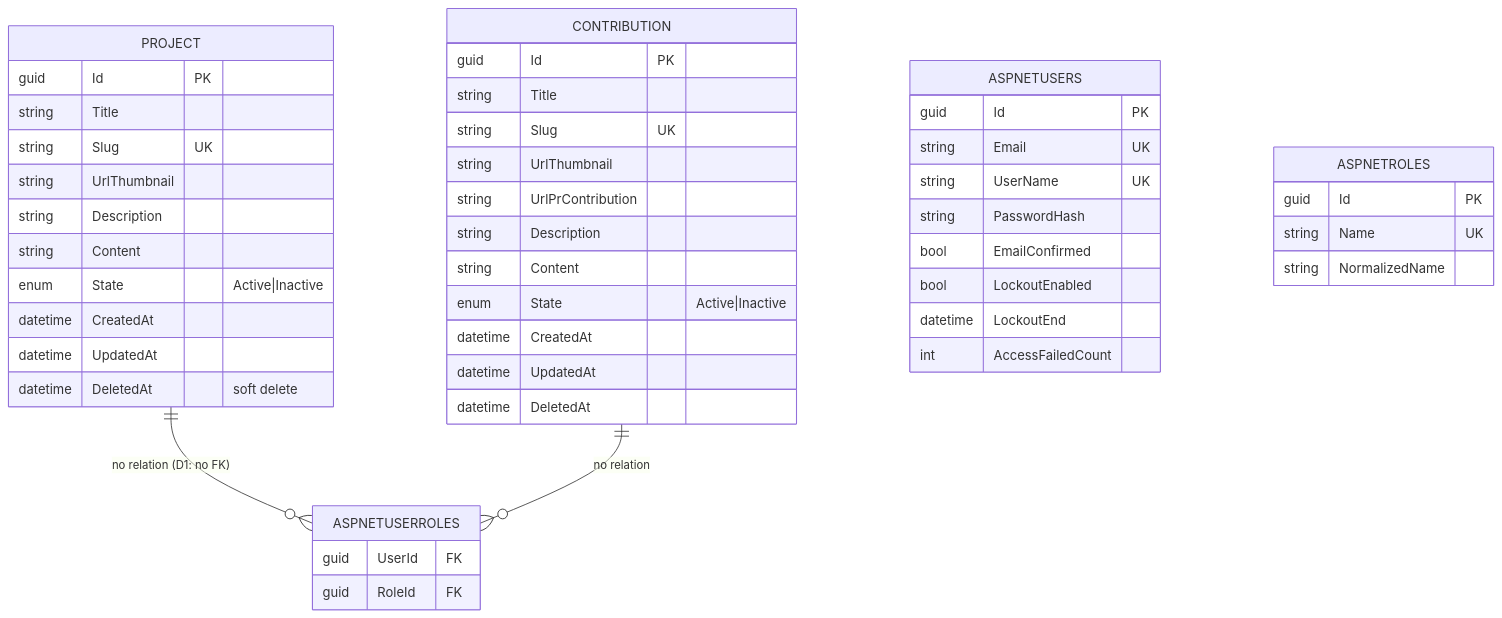
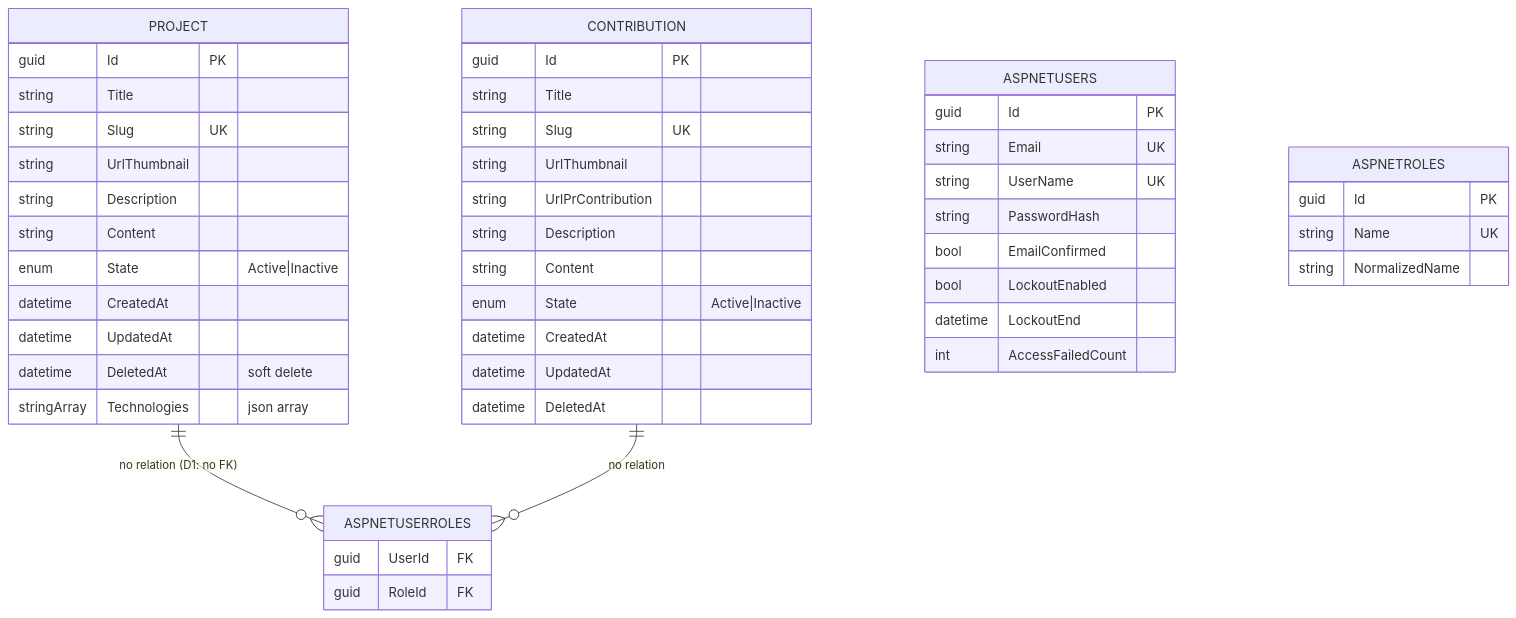
Before and after one commit to adrianbeep/ajn-portfolio-backend: the third of 3 diagrams in docs/diagrams/architecture.md, drawn with Mermaid. The commit also changed other lines of this file and 4 other files, not shown here.

````diff
--- a/docs/diagrams/architecture.md
+++ b/docs/diagrams/architecture.md
@@ -171,54 +172,55 @@
 ```mermaid
 erDiagram
     PROJECT {
         guid Id PK
         string Title
         string Slug UK
         string UrlThumbnail
         string Description
         string Content
         enum State "Active|Inactive"
         datetime CreatedAt
         datetime UpdatedAt
         datetime DeletedAt "soft delete"
+        stringArray Technologies "json array"
     }
 
     CONTRIBUTION {
         guid Id PK
         string Title
         string Slug UK
         string UrlThumbnail
         string UrlPrContribution
         string Description
         string Content
         enum State "Active|Inactive"
         datetime CreatedAt
         datetime UpdatedAt
         datetime DeletedAt
     }
 
     ASPNETUSERS {
         guid Id PK
         string Email UK
         string UserName UK
         string PasswordHash
         bool EmailConfirmed
         bool LockoutEnabled
         datetime LockoutEnd
         int AccessFailedCount
     }
 
     ASPNETROLES {
         guid Id PK
         string Name UK
         string NormalizedName
     }
 
     ASPNETUSERROLES {
         guid UserId FK
         guid RoleId FK
     }
 
     PROJECT ||--o{ ASPNETUSERROLES : "no relation (D1: no FK)"
     CONTRIBUTION ||--o{ ASPNETUSERROLES : "no relation"
 ```
````
